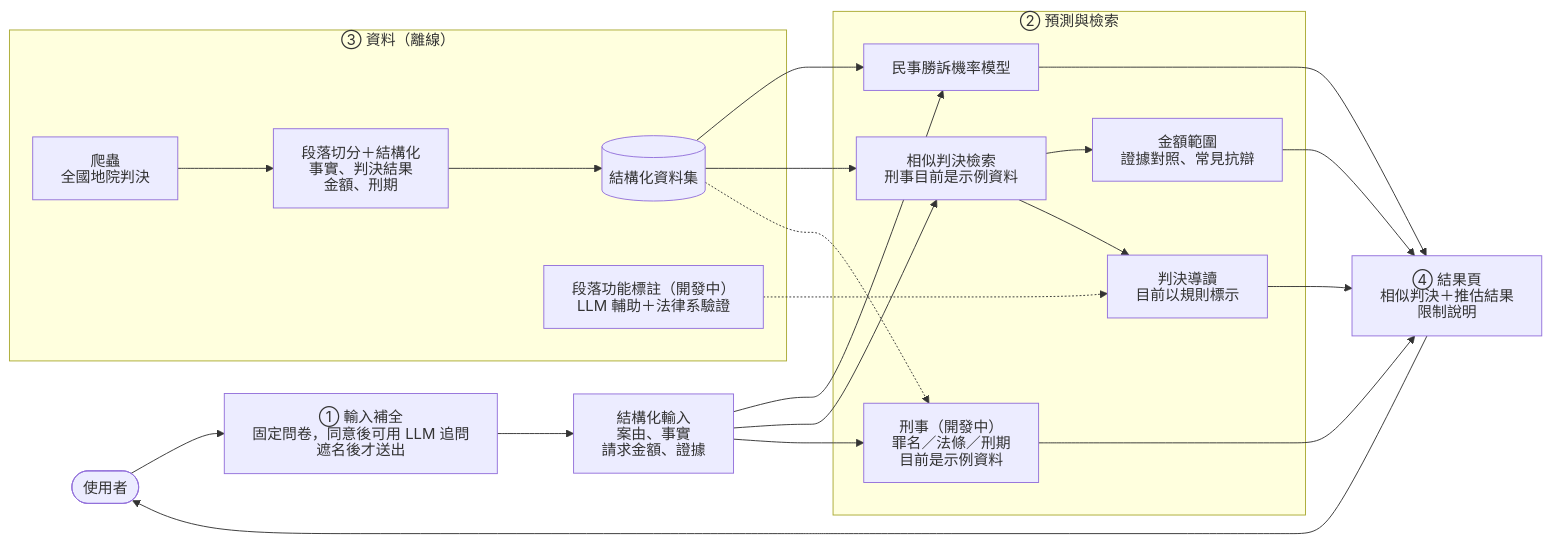
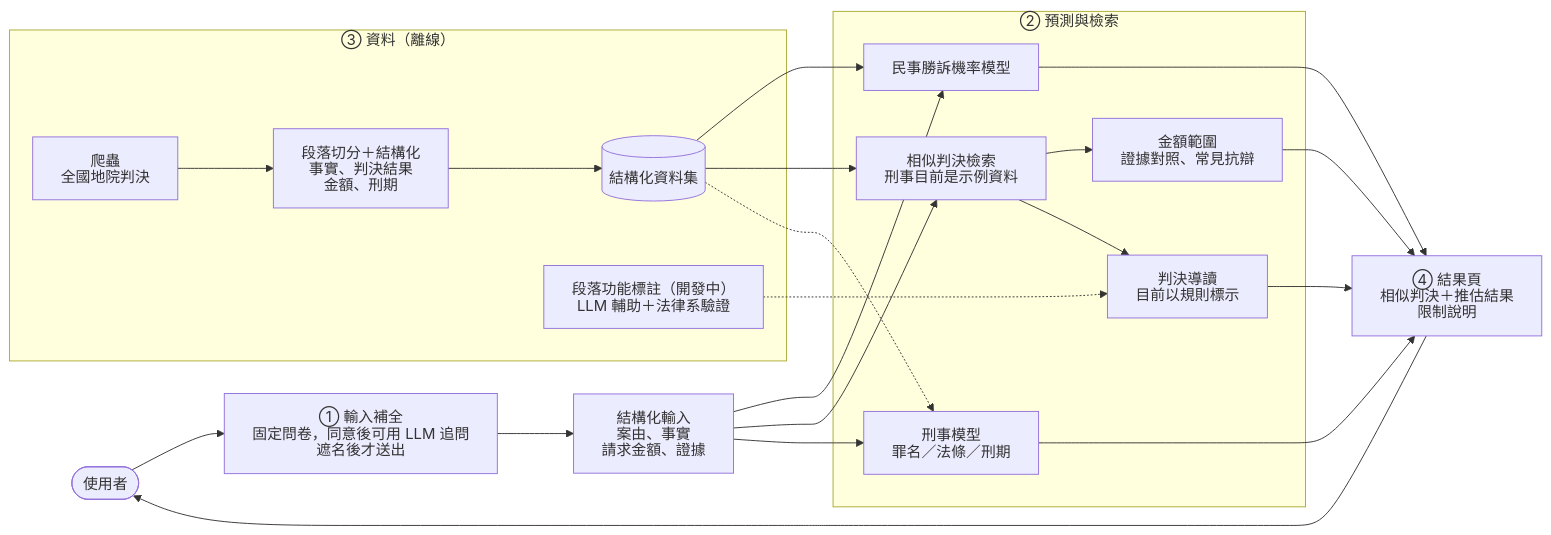
Before and after one commit to yuzuEN/JudgementDigest: the diagram in README.md, drawn with Mermaid. The commit also changed other lines of this file and 13 other files, not shown here.

````diff
--- a/README.md
+++ b/README.md
@@ -27,28 +27,28 @@
 ```mermaid
 %%{init: {"htmlLabels": false, "flowchart": {"htmlLabels": false, "wrappingWidth": 400}}}%%
 flowchart LR
     U([使用者]) --> FE["① 輸入補全<br/>固定問卷，同意後可用 LLM 追問<br/>遮名後才送出"]
     FE --> IN["結構化輸入<br/>案由、事實<br/>請求金額、證據"]
 
     subgraph BE["② 預測與檢索"]
         CIV["民事勝訴機率模型"]
         RET["相似判決檢索<br/>刑事目前是示例資料"]
         AMT["金額範圍<br/>證據對照、常見抗辯"]
         ANN["判決導讀<br/>目前以規則標示"]
-        CRI["刑事（開發中）<br/>罪名／法條／刑期<br/>目前是示例資料"]
+        CRI["刑事模型<br/>罪名／法條／刑期"]
         RET --> AMT & ANN
     end
 
     subgraph DATA["③ 資料（離線）"]
         CR["爬蟲<br/>全國地院判決"] --> ST["段落切分＋結構化<br/>事實、判決結果<br/>金額、刑期"]
         ST --> DS[("結構化資料集")]
         TAG["段落功能標註（開發中）<br/>LLM 輔助＋法律系驗證"]
     end
 
     IN --> CIV & RET & CRI
     DS --> CIV & RET
     DS -.-> CRI
     TAG -.-> ANN
     CIV & AMT & ANN & CRI --> OUT["④ 結果頁<br/>相似判決＋推估結果<br/>限制說明"]
     OUT --> U
 ```
````
